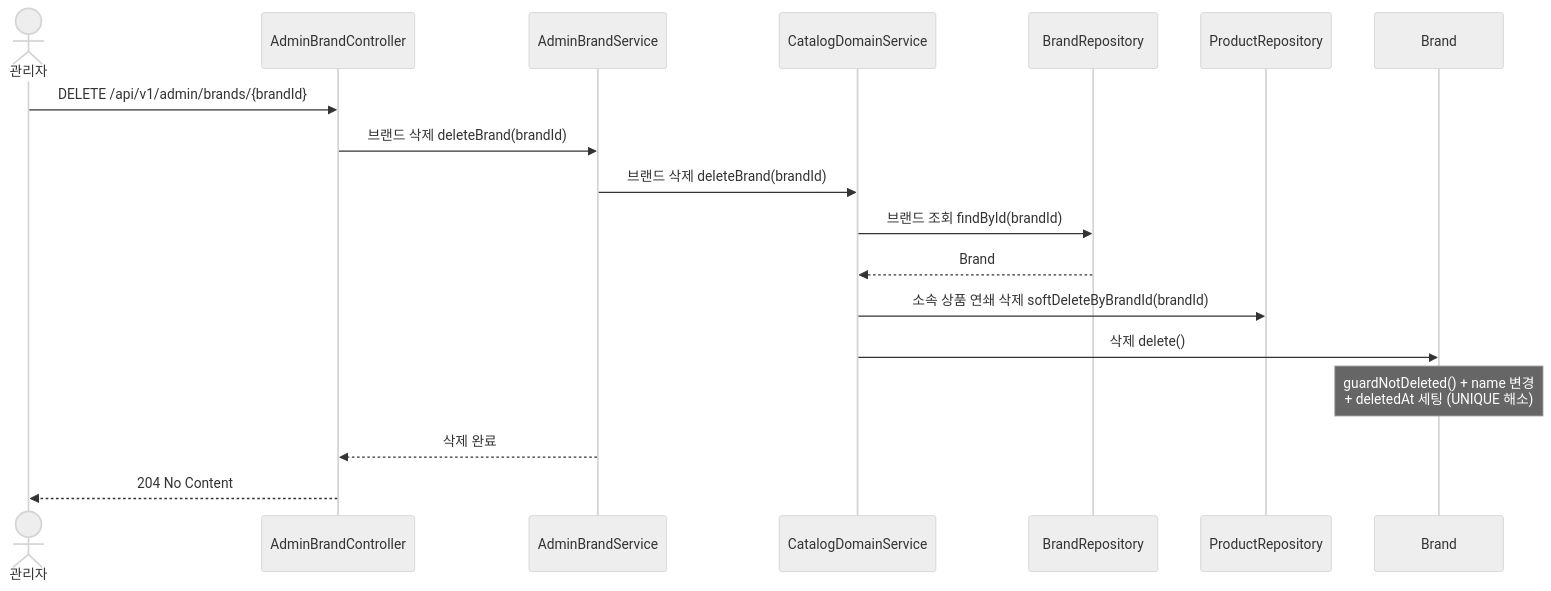
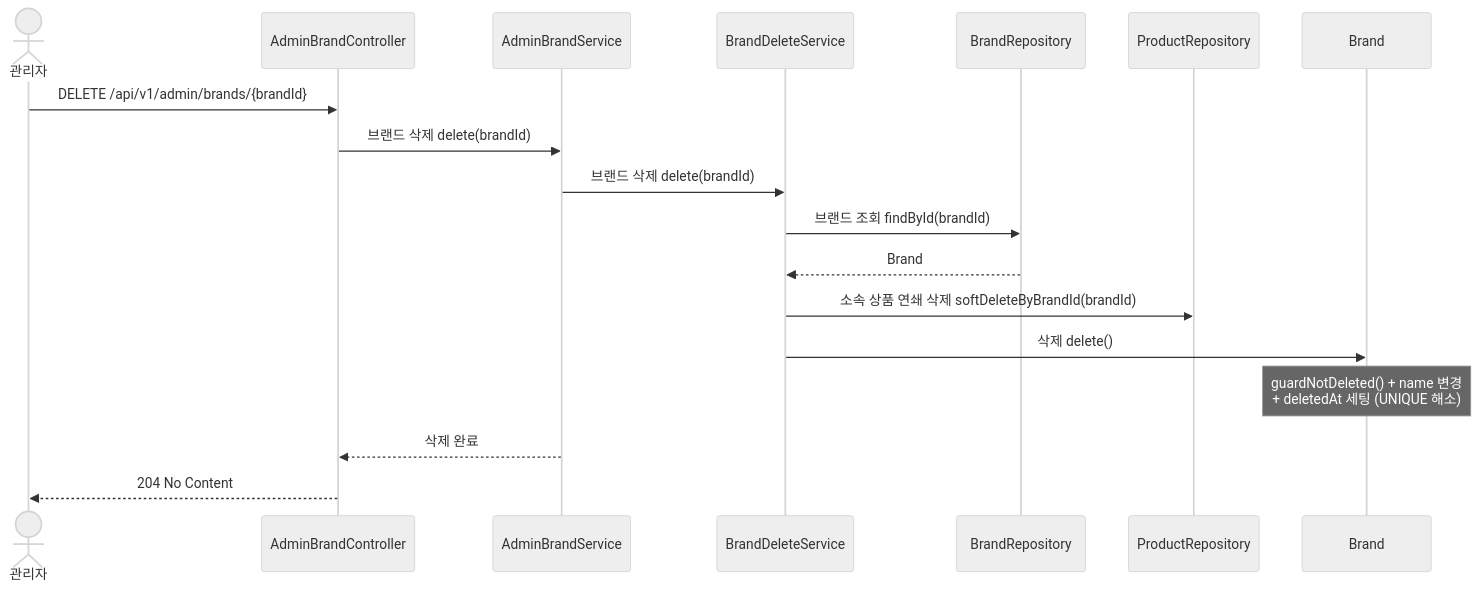
Before and after one commit to APapeIsName/loop-pack-be-l2-vol3-java: diagram 14 of 21 in docs/design/02-sequence-diagrams.md, drawn with Mermaid (neutral theme). The commit also changed other lines of this file and 66 other files, not shown here.

````diff
--- a/docs/design/02-sequence-diagrams.md
+++ b/docs/design/02-sequence-diagrams.md
@@ -374,24 +374,24 @@
 ```mermaid
 sequenceDiagram
     actor A as 관리자
     participant C as AdminBrandController
     participant BS as AdminBrandService
-    participant CDS as CatalogDomainService
+    participant BDS as BrandDeleteService
     participant BR as BrandRepository
     participant PR as ProductRepository
     participant B as Brand
 
     A->>C: DELETE /api/v1/admin/brands/{brandId}
-    C->>BS: 브랜드 삭제 deleteBrand(brandId)
+    C->>BS: 브랜드 삭제 delete(brandId)
 
-    BS->>CDS: 브랜드 삭제 deleteBrand(brandId)
-    CDS->>BR: 브랜드 조회 findById(brandId)
-    BR-->>CDS: Brand
+    BS->>BDS: 브랜드 삭제 delete(brandId)
+    BDS->>BR: 브랜드 조회 findById(brandId)
+    BR-->>BDS: Brand
 
-    CDS->>PR: 소속 상품 연쇄 삭제 softDeleteByBrandId(brandId)
-    CDS->>B: 삭제 delete()
+    BDS->>PR: 소속 상품 연쇄 삭제 softDeleteByBrandId(brandId)
+    BDS->>B: 삭제 delete()
     Note over B: guardNotDeleted() + name 변경<br/>+ deletedAt 세팅 (UNIQUE 해소)
 
     BS-->>C: 삭제 완료
     C-->>A: 204 No Content
 ```
````
